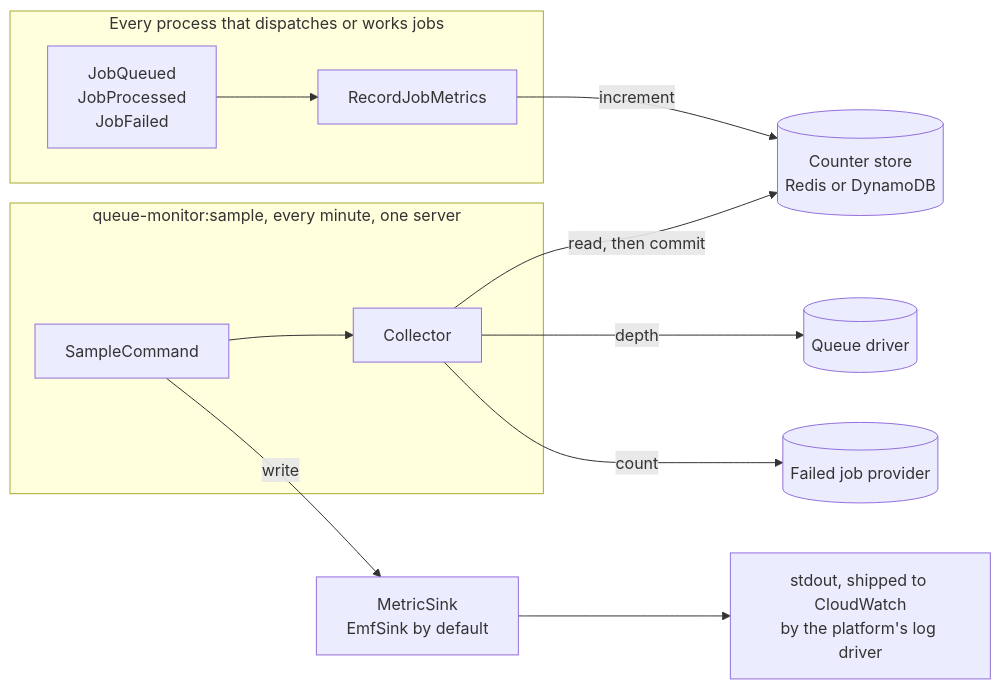
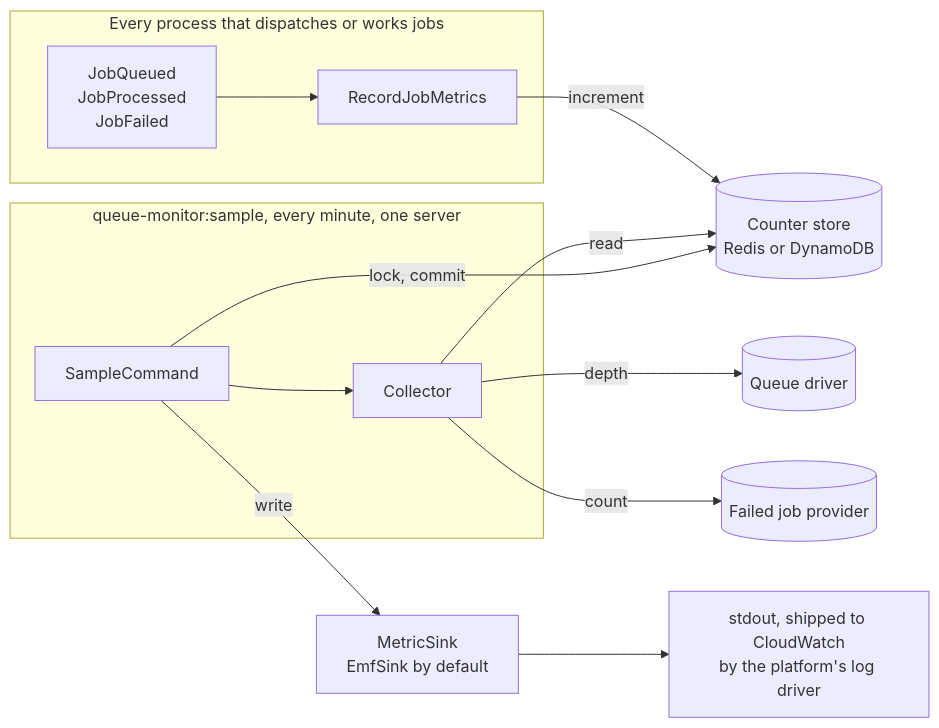
One commit to codingducksrl/laravel-queue-monitor changed the first of 2 diagrams in docs/README.md. Above: the diagram before and after it, drawn with Mermaid. The commit also changed other lines of this file and 3 other files, not shown here.

````diff
--- a/docs/README.md
+++ b/docs/README.md
@@ -15,15 +16,16 @@
 ```mermaid
 flowchart LR
     subgraph app["Every process that dispatches or works jobs"]
         EV["JobQueued<br/>JobProcessed<br/>JobFailed"] --> RJM["RecordJobMetrics"]
     end
     subgraph run["queue-monitor:sample, every minute, one server"]
         SC["SampleCommand"] --> COL["Collector"]
     end
     RJM -- "increment" --> CS[("Counter store<br/>Redis or DynamoDB")]
-    COL -- "read, then commit" --> CS
+    COL -- "read" --> CS
+    SC -- "lock, commit" --> CS
     COL -- "depth" --> QD[("Queue driver")]
     COL -- "count" --> FJ[("Failed job provider")]
     SC -- "write" --> SINK["MetricSink<br/>EmfSink by default"]
     SINK --> OUT["stdout, shipped to CloudWatch<br/>by the platform's log driver"]
 ```
````
